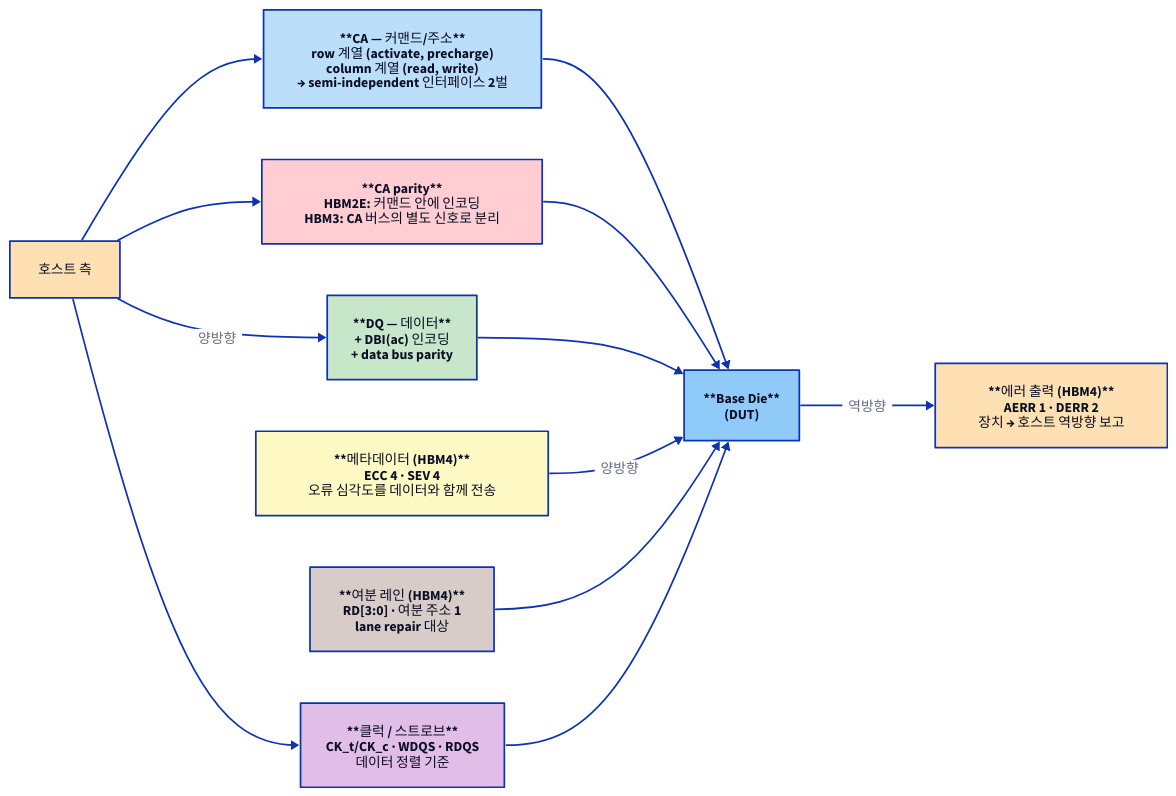
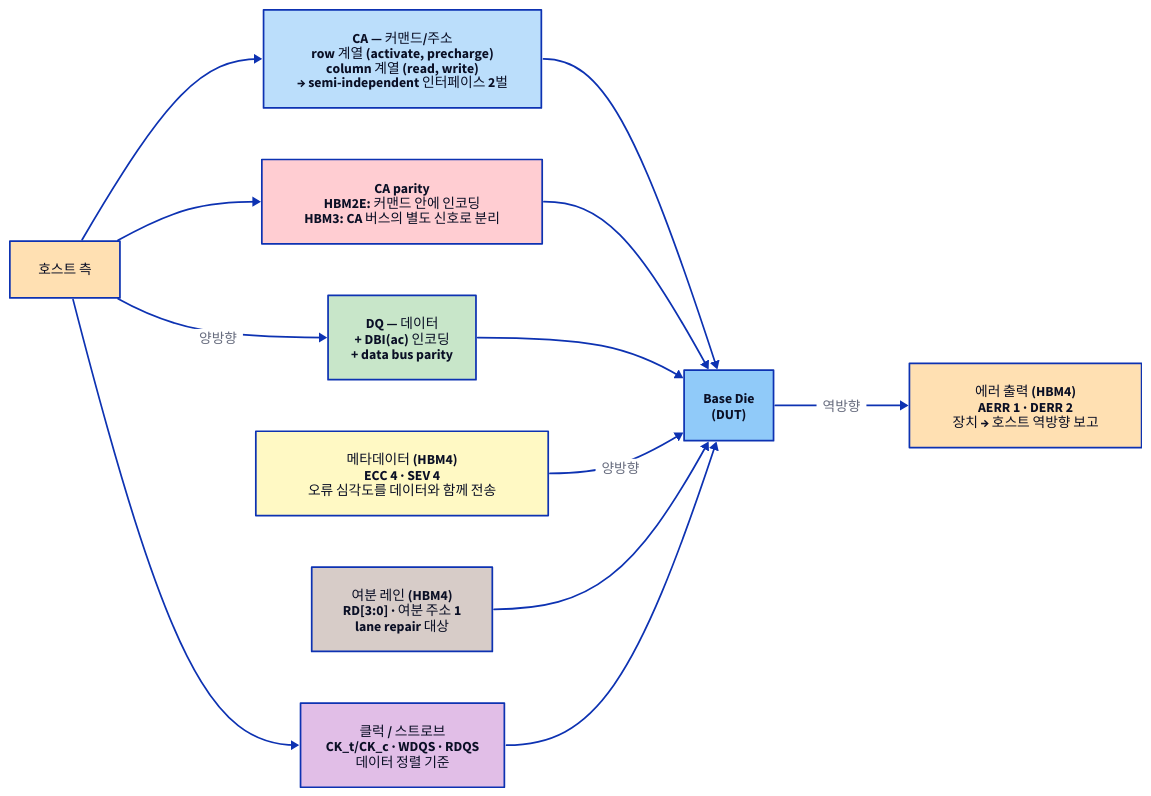
One commit to humbleowl39/DV_SKOOL changed the diagram in starlight_site/src/content/docs/hbm/05_interface_protocol.md. Above: the diagram before and after it, drawn with D2. The commit also changed 714 other files, not shown here.

First line of the commit message:
fix(site): d2 다이어그램 가독성 결함 6종 일괄 수정

````diff
--- a/starlight_site/src/content/docs/hbm/05_interface_protocol.md
+++ b/starlight_site/src/content/docs/hbm/05_interface_protocol.md
@@ -73,39 +73,39 @@
 ```d2
 direction: right
 
 HOST: "호스트 측" { style.fill: "#ffe0b2"; style.font-color: "#0A0F25" }
 
-CA: "**CA — 커맨드/주소**\nrow 계열 (activate, precharge)\ncolumn 계열 (read, write)\n→ semi-independent 인터페이스 2벌" {
+CA: "CA — 커맨드/주소\nrow 계열 (activate, precharge)\ncolumn 계열 (read, write)\n→ semi-independent 인터페이스 2벌" {
   style.fill: "#bbdefb"
   style.font-color: "#0A0F25"
 }
 
-CAP: "**CA parity**\nHBM2E: 커맨드 안에 인코딩\nHBM3: CA 버스의 별도 신호로 분리" {
+CAP: "CA parity\nHBM2E: 커맨드 안에 인코딩\nHBM3: CA 버스의 별도 신호로 분리" {
   style.fill: "#ffcdd2"
   style.font-color: "#0A0F25"
 }
 
-DQ: "**DQ — 데이터**\n+ DBI(ac) 인코딩\n+ data bus parity" {
+DQ: "DQ — 데이터\n+ DBI(ac) 인코딩\n+ data bus parity" {
   style.fill: "#c8e6c9"
   style.font-color: "#0A0F25"
 }
 
-CLK: "**클럭 / 스트로브**\nCK_t/CK_c · WDQS · RDQS\n데이터 정렬 기준" { style.fill: "#e1bee7"; style.font-color: "#0A0F25" }
+CLK: "클럭 / 스트로브\nCK_t/CK_c · WDQS · RDQS\n데이터 정렬 기준" { style.fill: "#e1bee7"; style.font-color: "#0A0F25" }
 
-META: "**메타데이터 (HBM4)**\nECC 4 · SEV 4\n오류 심각도를 데이터와 함께 전송" { style.fill: "#fff9c4"; style.font-color: "#0A0F25" }
+META: "메타데이터 (HBM4)\nECC 4 · SEV 4\n오류 심각도를 데이터와 함께 전송" { style.fill: "#fff9c4"; style.font-color: "#0A0F25" }
 
-ERR: "**에러 출력 (HBM4)**\nAERR 1 · DERR 2\n장치 → 호스트 역방향 보고" { style.fill: "#ffe0b2"; style.font-color: "#0A0F25" }
+ERR: "에러 출력 (HBM4)\nAERR 1 · DERR 2\n장치 → 호스트 역방향 보고" { style.fill: "#ffe0b2"; style.font-color: "#0A0F25" }
 
-RED: "**여분 레인 (HBM4)**\nRD[3:0] · 여분 주소 1\nlane repair 대상" { style.fill: "#d7ccc8"; style.font-color: "#0A0F25" }
+RED: "여분 레인 (HBM4)\nRD[3:0] · 여분 주소 1\nlane repair 대상" { style.fill: "#d7ccc8"; style.font-color: "#0A0F25" }
 
-BASE: "**Base Die**\n(DUT)" { style.fill: "#90caf9"; style.font-color: "#0A0F25" }
+BASE: "Base Die\n(DUT)" { style.fill: "#90caf9"; style.font-color: "#0A0F25" }
 
 HOST -> CA -> BASE
 HOST -> CAP -> BASE
 HOST -> DQ: "양방향"
 DQ -> BASE
 META -> BASE: "양방향"
 BASE -> ERR: "역방향"
 RED -> BASE
 HOST -> CLK -> BASE
 ```
````
